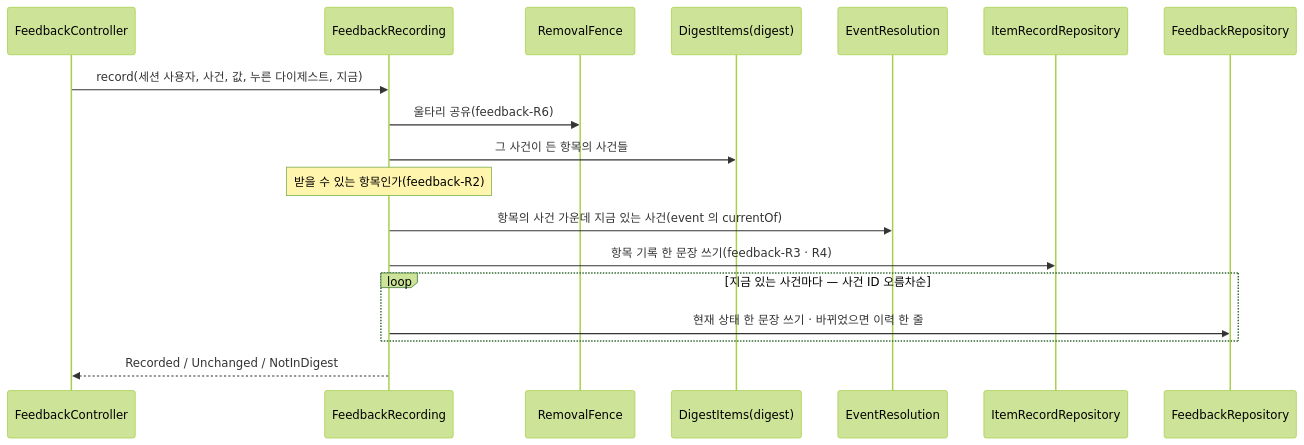
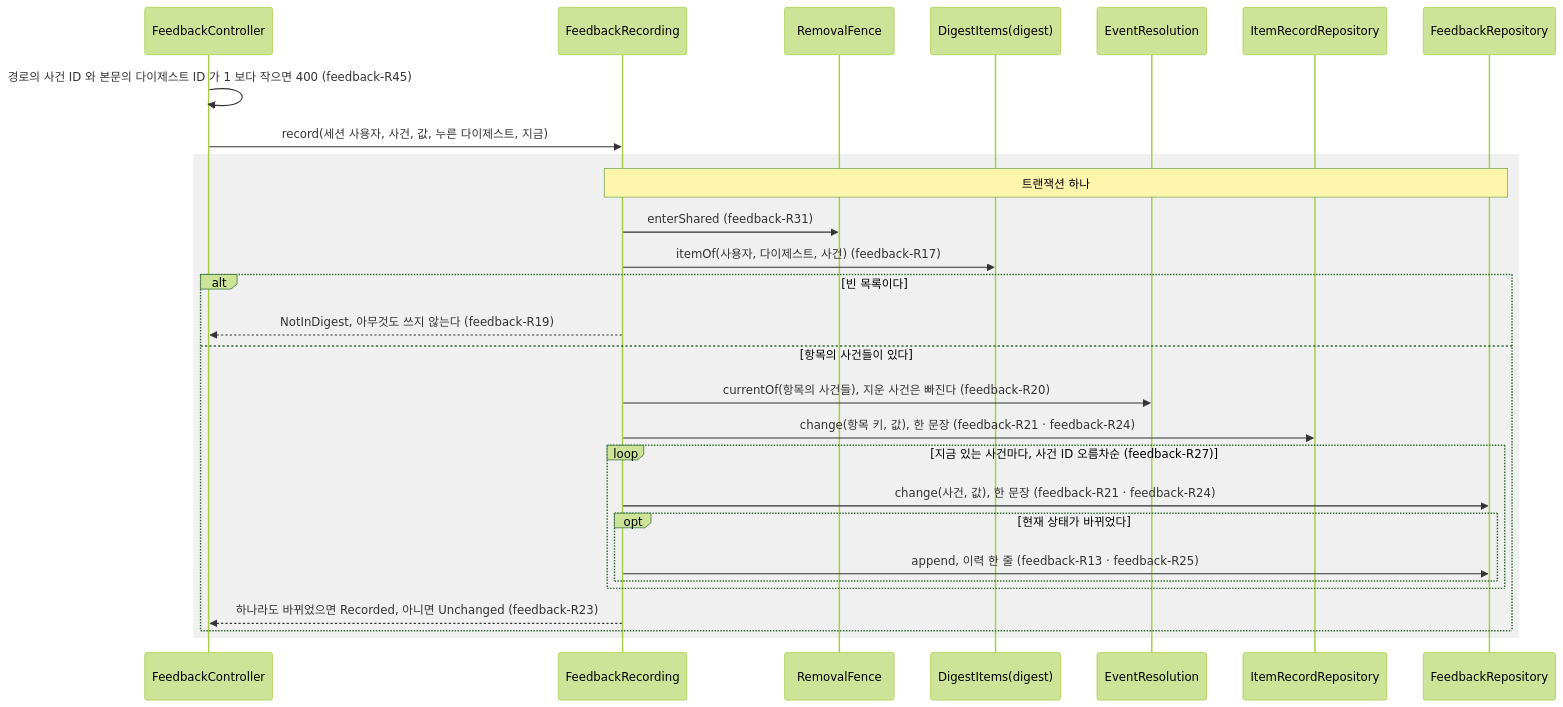
The first of 3 diagrams in docs/specs/feedback.md (Theia0382/yozm-news), drawn with Mermaid (forest theme) before and after one commit. The commit also changed other lines of this file, not shown here.

First line of the commit message:
docs: feedback Spec 다시 쓰기 — 규칙 쪼개기 · 시퀀스 그림

````diff
--- a/docs/specs/feedback.md
+++ b/docs/specs/feedback.md
@@ -169,20 +193,30 @@
 ```mermaid
 sequenceDiagram
     participant C as FeedbackController
     participant R as FeedbackRecording
     participant F as RemovalFence
     participant D as DigestItems(digest)
     participant E as EventResolution
     participant I as ItemRecordRepository
     participant DB as FeedbackRepository
+    C->>C: 경로의 사건 ID 와 본문의 다이제스트 ID 가 1 보다 작으면 400 (feedback-R45)
     C->>R: record(세션 사용자, 사건, 값, 누른 다이제스트, 지금)
-    R->>F: 울타리 공유(feedback-R6)
-    R->>D: 그 사건이 든 항목의 사건들
-    Note over R: 받을 수 있는 항목인가(feedback-R2)
-    R->>E: 항목의 사건 가운데 지금 있는 사건(event 의 currentOf)
-    R->>I: 항목 기록 한 문장 쓰기(feedback-R3 · R4)
-    loop 지금 있는 사건마다 — 사건 ID 오름차순
-        R->>DB: 현재 상태 한 문장 쓰기 · 바뀌었으면 이력 한 줄
+    rect rgba(128, 128, 128, 0.12)
+    Note over R,DB: 트랜잭션 하나
+    R->>F: enterShared (feedback-R31)
+    R->>D: itemOf(사용자, 다이제스트, 사건) (feedback-R17)
+    alt 빈 목록이다
+        R-->>C: NotInDigest, 아무것도 쓰지 않는다 (feedback-R19)
+    else 항목의 사건들이 있다
+        R->>E: currentOf(항목의 사건들), 지운 사건은 빠진다 (feedback-R20)
+        R->>I: change(항목 키, 값), 한 문장 (feedback-R21 · feedback-R24)
+        loop 지금 있는 사건마다, 사건 ID 오름차순 (feedback-R27)
+            R->>DB: change(사건, 값), 한 문장 (feedback-R21 · feedback-R24)
+            opt 현재 상태가 바뀌었다
+                R->>DB: append, 이력 한 줄 (feedback-R13 · feedback-R25)
+            end
+        end
+        R-->>C: 하나라도 바뀌었으면 Recorded, 아니면 Unchanged (feedback-R23)
     end
-    R-->>C: Recorded / Unchanged / NotInDigest
+    end
 ```
````
